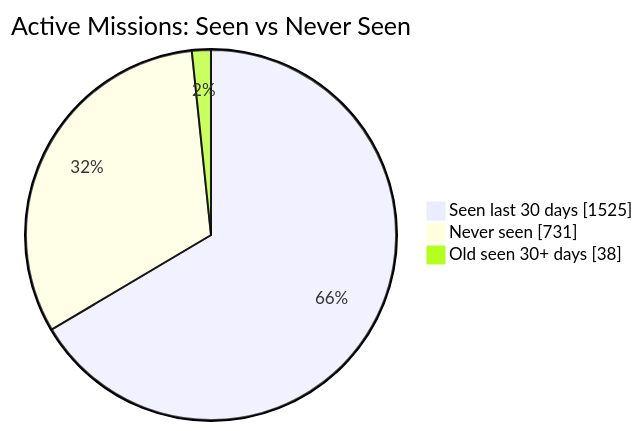
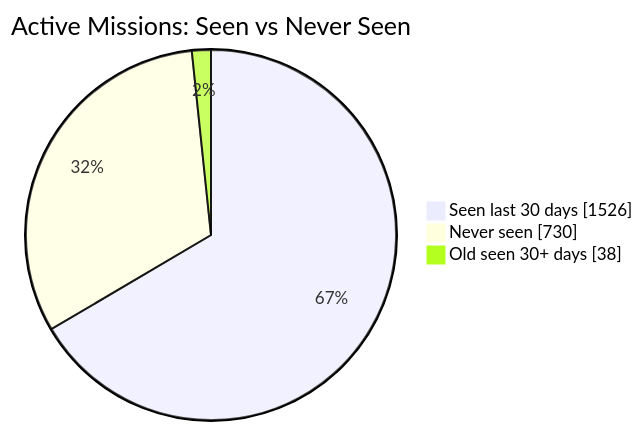
The first of 2 diagrams in README.md (MeldkamerspelGameTeam/active-missions), drawn with Mermaid before and after one commit. The commit also changed other lines of this file and 2 other files, not shown here.

````diff
--- a/README.md
+++ b/README.md
@@ -34,7 +34,7 @@
 ```mermaid
 pie showData
     title Active Missions: Seen vs Never Seen
-    "Seen last 30 days" : 1525
-    "Never seen" : 731
+    "Seen last 30 days" : 1526
+    "Never seen" : 730
     "Old seen 30+ days" : 38
 ```
````
